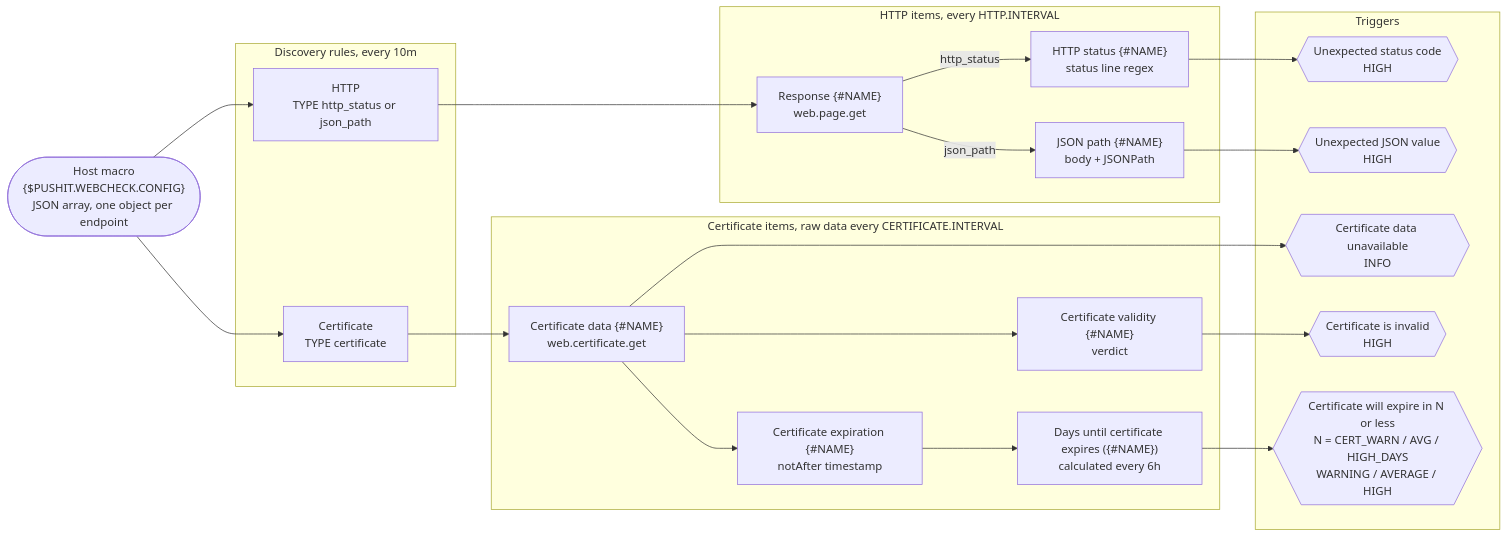
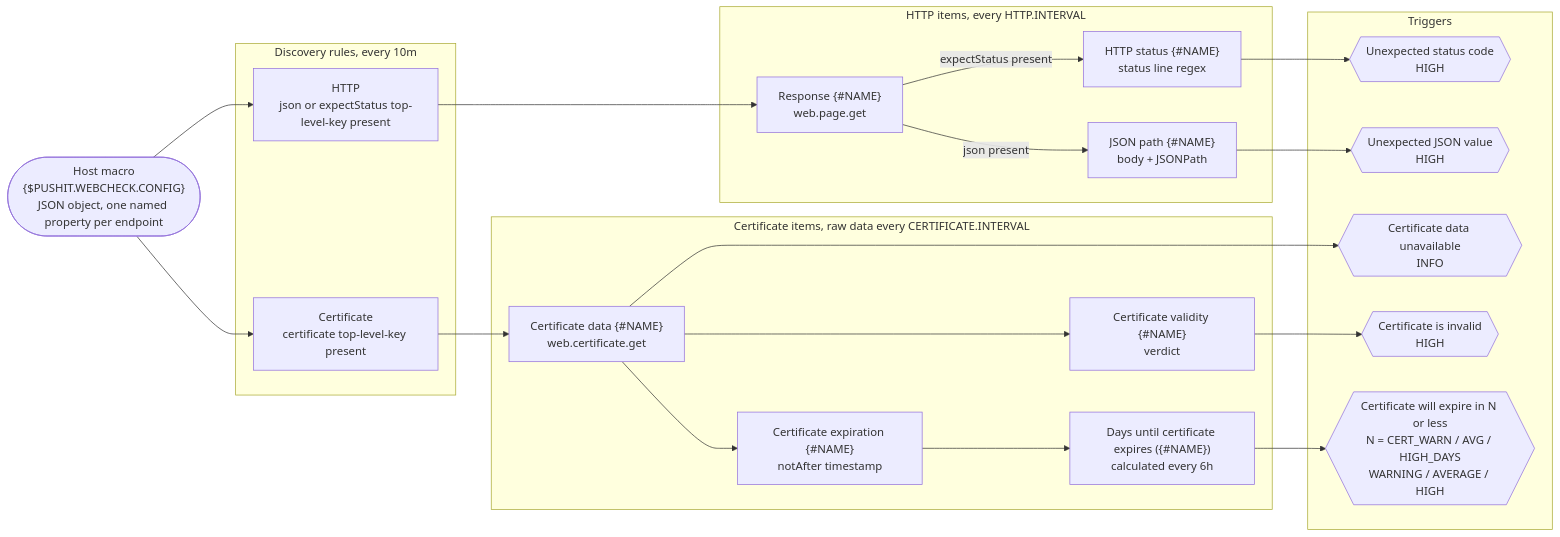
The diagram in README.md (we-push-it/zabbix-web-check), drawn with Mermaid before and after one commit. The commit also changed other lines of this file and 2 other files, not shown here.

````diff
--- a/README.md
+++ b/README.md
@@ -53,43 +52,43 @@
 ```mermaid
 flowchart LR
-    CFG(["Host macro<br/>{$PUSHIT.WEBCHECK.CONFIG}<br/>JSON array, one object per endpoint"])
+    CFG(["Host macro<br/>{$PUSHIT.WEBCHECK.CONFIG}<br/>JSON object, one named property per endpoint"])
 
     subgraph LLD ["Discovery rules, every 10m"]
-        DH["HTTP<br/>TYPE http_status or json_path"]
-        DC["Certificate<br/>TYPE certificate"]
+        DH["HTTP<br/>json or expectStatus top-level-key present"]
+        DC["Certificate<br/>certificate top-level-key present"]
     end
 
     subgraph HI ["HTTP items, every HTTP.INTERVAL"]
         RAW["Response {#NAME}<br/>web.page.get"]
         ST["HTTP status {#NAME}<br/>status line regex"]
         JP["JSON path {#NAME}<br/>body + JSONPath"]
     end
 
     subgraph CI ["Certificate items, raw data every CERTIFICATE.INTERVAL"]
         CRAW["Certificate data {#NAME}<br/>web.certificate.get"]
         NA["Certificate expiration {#NAME}<br/>notAfter timestamp"]
         VAL["Certificate validity {#NAME}<br/>verdict"]
         DAYS["Days until certificate expires ({#NAME})<br/>calculated every 6h"]
     end
 
     subgraph TRG ["Triggers"]
         T1{{"Unexpected status code<br/>HIGH"}}
         T2{{"Unexpected JSON value<br/>HIGH"}}
         T3{{"Certificate data unavailable<br/>INFO"}}
         T4{{"Certificate is invalid<br/>HIGH"}}
         T5{{"Certificate will expire in N or less<br/>N = CERT_WARN / AVG / HIGH_DAYS<br/>WARNING / AVERAGE / HIGH"}}
     end
 
     CFG --> DH & DC
     DH --> RAW
-    RAW -->|http_status| ST
-    RAW -->|json_path| JP
+    RAW -->|expectStatus present| ST
+    RAW -->|json present| JP
     DC --> CRAW
     CRAW --> NA & VAL
     NA --> DAYS
     ST --> T1
     JP --> T2
     CRAW --> T3
     VAL --> T4
     DAYS --> T5
 ```
````
